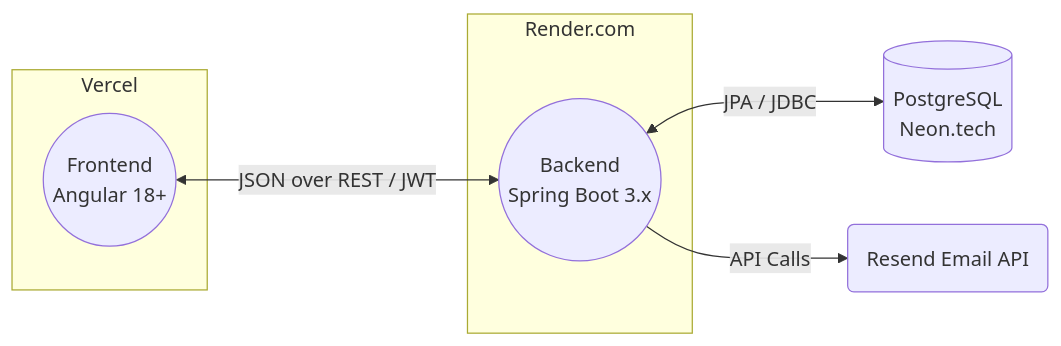
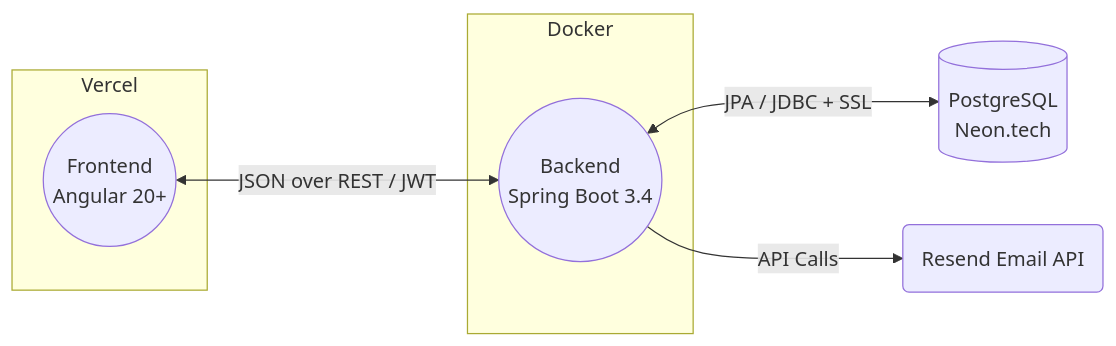
Before and after one commit to umeshjha1998/Nikat: the second of 2 diagrams in README.md, drawn with Mermaid. The commit also changed other lines of this file and 6 other files, not shown here.

````diff
--- a/README.md
+++ b/README.md
@@ -43,14 +131,14 @@
 ```mermaid
 flowchart LR
-    Client((Frontend\nAngular 18+)) <-->|JSON over REST / JWT| Server((Backend\nSpring Boot 3.x))
-    Server <-->|JPA / JDBC| Database[(PostgreSQL\nNeon.tech)]
-    Server -->|API Calls| Exterior(Resend Email API)
+    Client((Frontend\nAngular 20+)) <-->|JSON over REST / JWT| Server((Backend\nSpring Boot 3.4))
+    Server <-->|JPA / JDBC + SSL| Database[(PostgreSQL\nNeon.tech)]
+    Server -->|API Calls| Resend(Resend Email API)
     
     subgraph Vercel
         Client
     end
     
-    subgraph Render.com
+    subgraph Render.com [Docker]
         Server
     end
 ```
````
